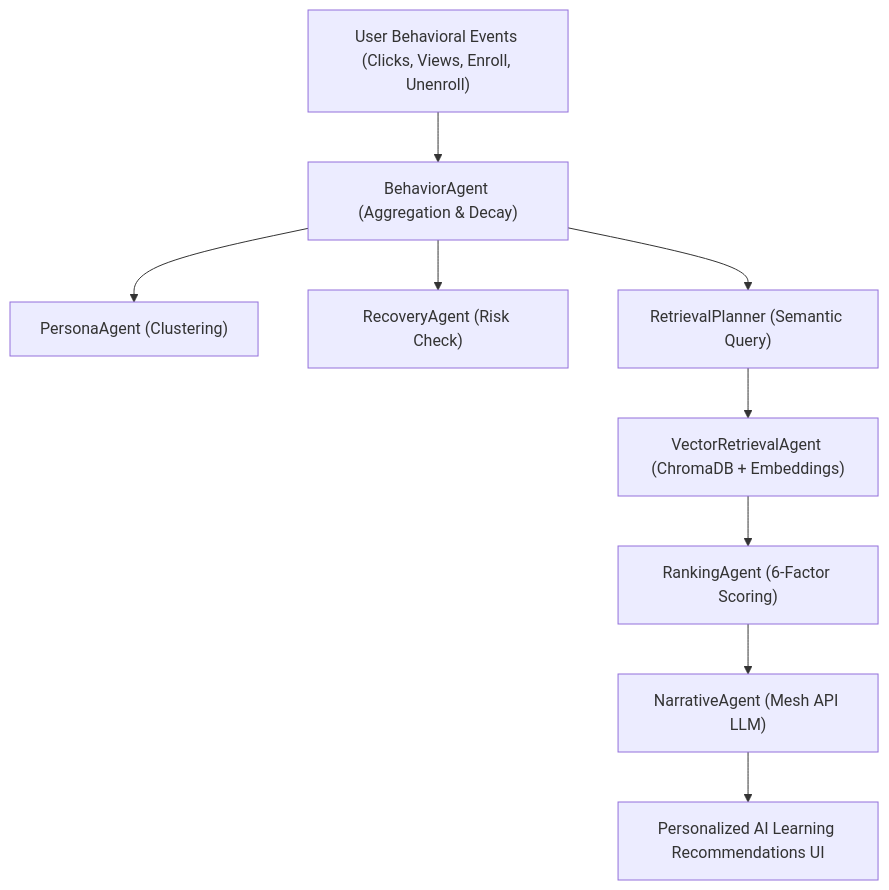
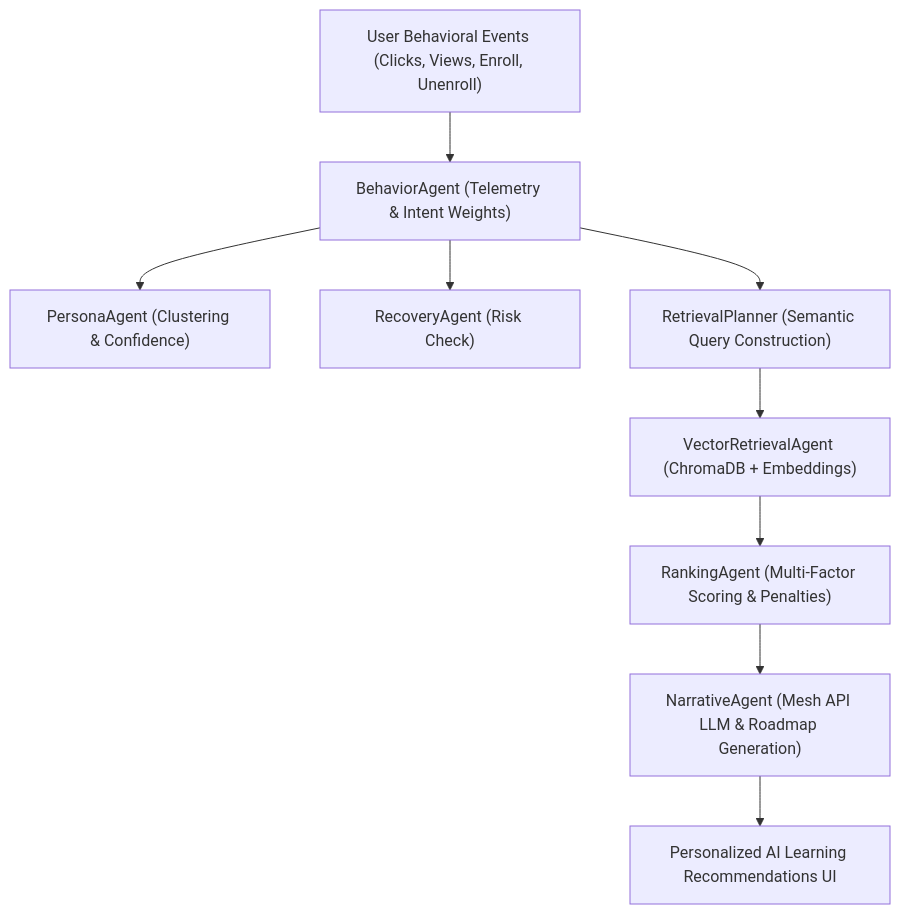
Before and after one commit to svmayurkaarthic2005/SmartReco: the diagram in README.md, drawn with Mermaid. The commit also changed other lines of this file and 38 other files, not shown here.

Commit message:
feat: implement course detail page and core LangGraph recommendation engine with agentic architecture

````diff
--- a/README.md
+++ b/README.md
@@ -48,11 +56,11 @@
 ```mermaid
 graph TD
-    A["User Behavioral Events (Clicks, Views, Enroll, Unenroll)"] --> B["BehaviorAgent (Aggregation & Decay)"]
-    B --> C["PersonaAgent (Clustering)"]
+    A["User Behavioral Events (Clicks, Views, Enroll, Unenroll)"] --> B["BehaviorAgent (Telemetry & Intent Weights)"]
+    B --> C["PersonaAgent (Clustering & Confidence)"]
     B --> D["RecoveryAgent (Risk Check)"]
-    B --> E["RetrievalPlanner (Semantic Query)"]
+    B --> E["RetrievalPlanner (Semantic Query Construction)"]
     E --> F["VectorRetrievalAgent (ChromaDB + Embeddings)"]
-    F --> G["RankingAgent (6-Factor Scoring)"]
-    G --> H["NarrativeAgent (Mesh API LLM)"]
+    F --> G["RankingAgent (Multi-Factor Scoring & Penalties)"]
+    G --> H["NarrativeAgent (Mesh API LLM & Roadmap Generation)"]
     H --> I["Personalized AI Learning Recommendations UI"]
 ```
````
